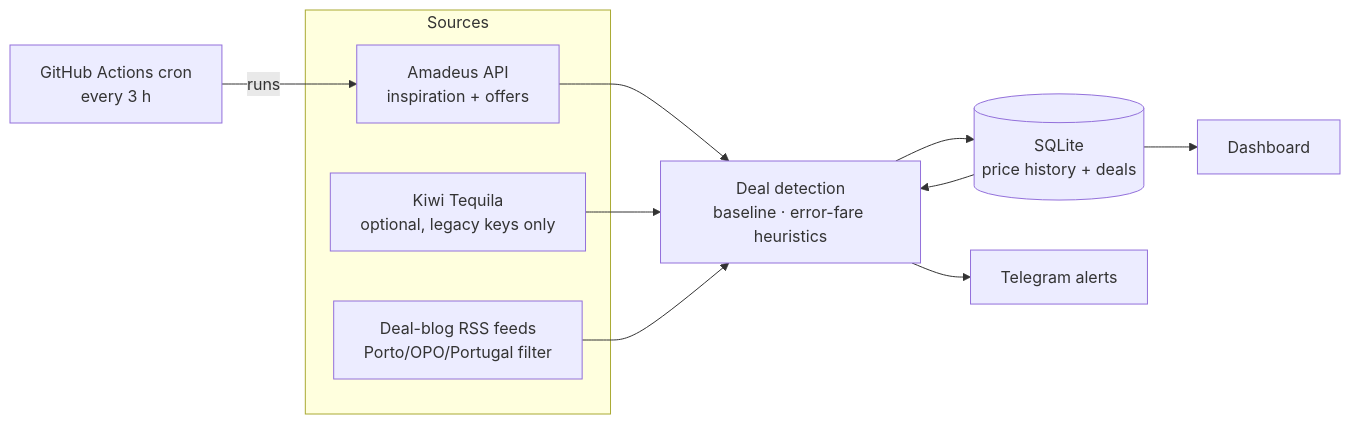
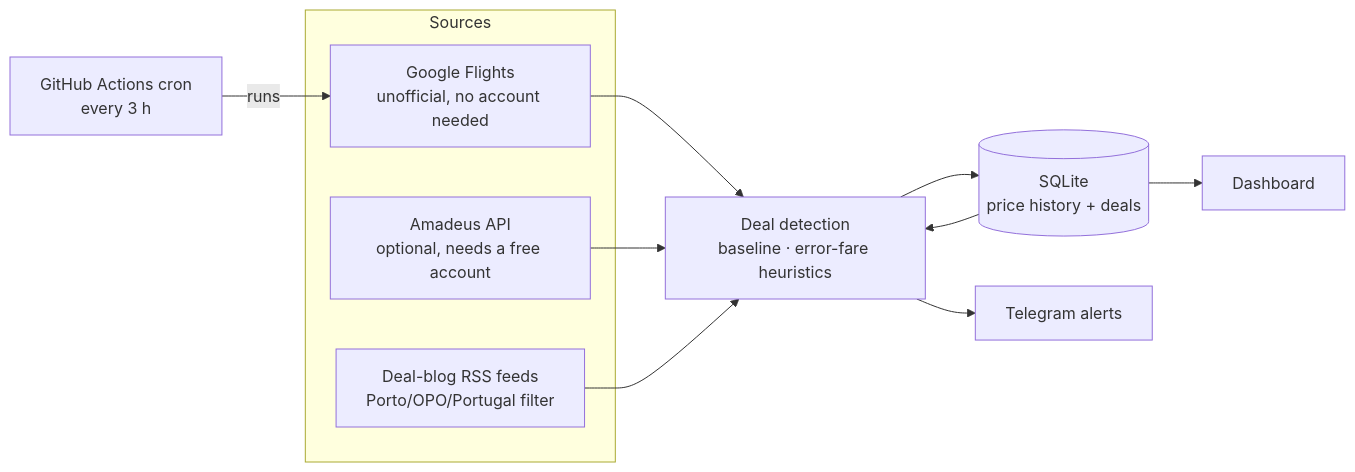
Before and after one commit to nunorsousa/my-first-repo: the diagram in README.md, drawn with Mermaid. The commit also changed other lines of this file and 12 other files, not shown here.

````diff
--- a/README.md
+++ b/README.md
@@ -13,16 +17,16 @@
 ```mermaid
 flowchart LR
     subgraph Sources
-        A[Amadeus API<br/>inspiration + offers]
+        G[Google Flights<br/>unofficial, no account needed]
         R[Deal-blog RSS feeds<br/>Porto/OPO/Portugal filter]
-        K[Kiwi Tequila<br/>optional, legacy keys only]
+        A[Amadeus API<br/>optional, needs a free account]
     end
-    A --> D[Deal detection<br/>baseline · error-fare heuristics]
-    K --> D
+    G --> D[Deal detection<br/>baseline · error-fare heuristics]
+    A --> D
     R --> D
     D --> DB[(SQLite<br/>price history + deals)]
     DB --> D
     D --> T[Telegram alerts]
     DB --> W[Dashboard]
-    GH[GitHub Actions cron<br/>every 3 h] -->|runs| A
+    GH[GitHub Actions cron<br/>every 3 h] -->|runs| G
 ```
````
